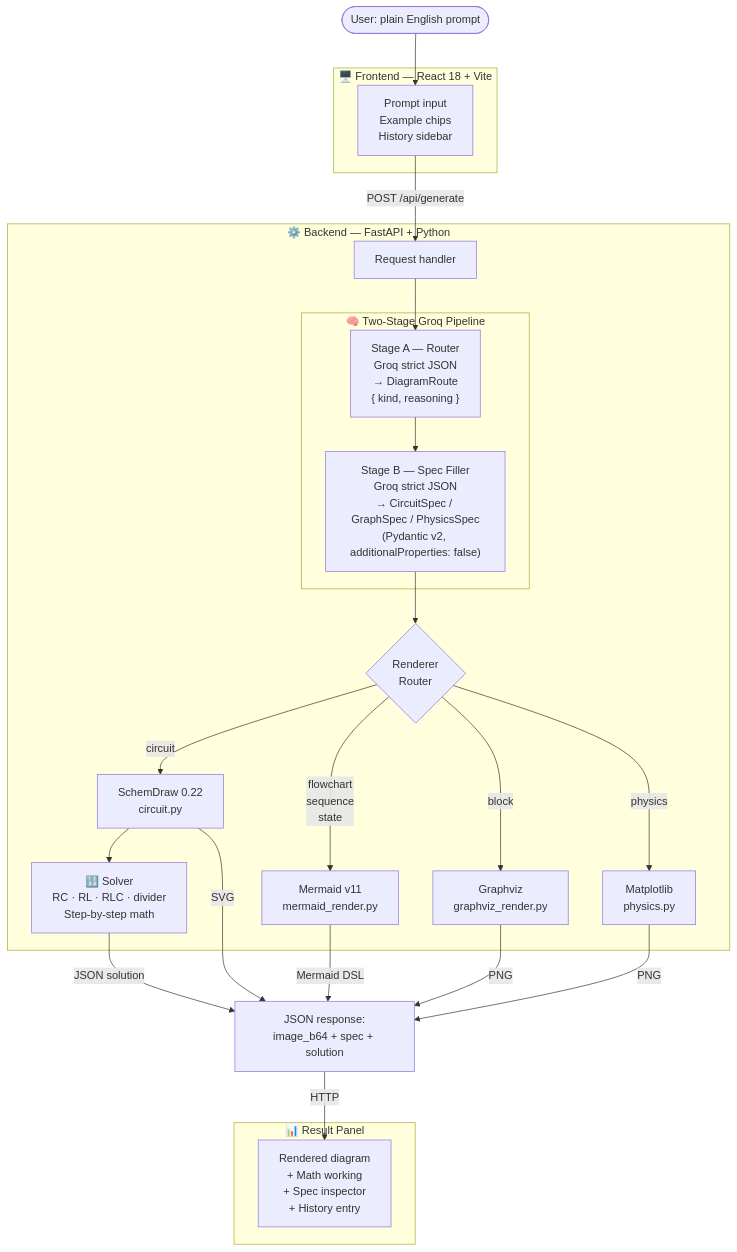
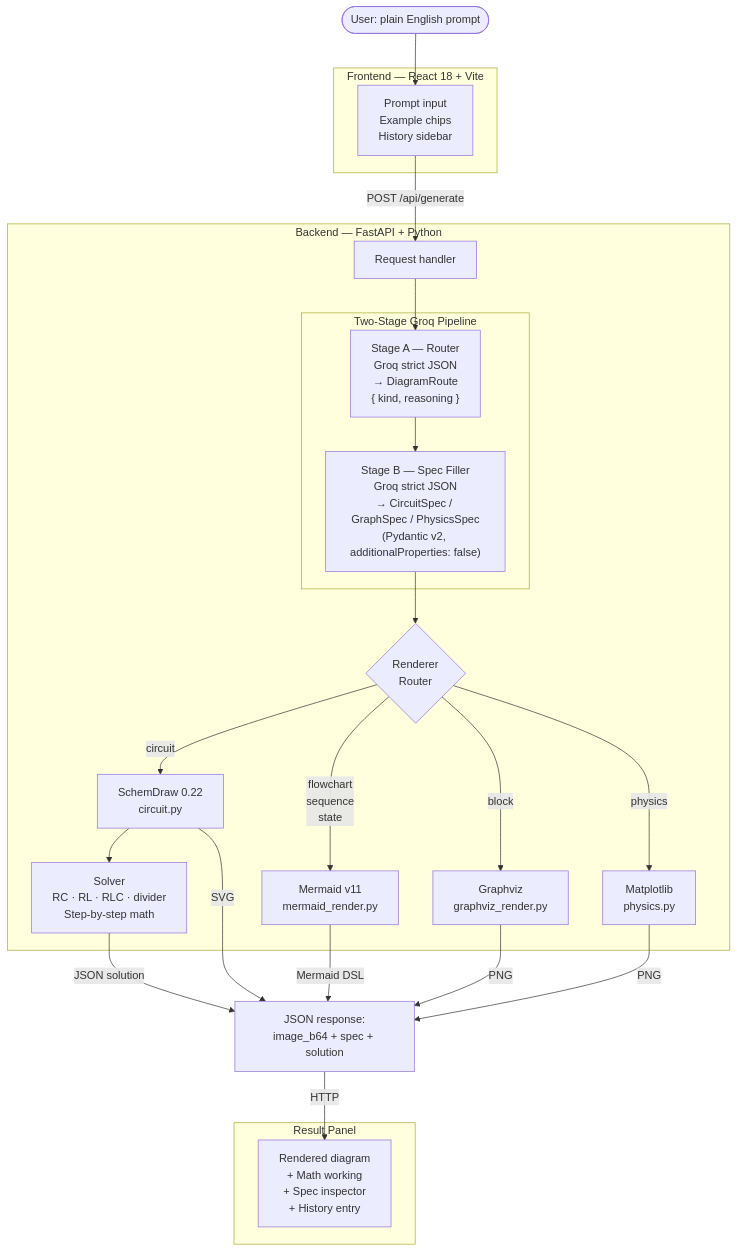
Before and after one commit to Tanny28/dgram-ai: the diagram in README.md, drawn with Mermaid. The commit also changed other lines of this file and 1 other file, not shown here.

````diff
--- a/README.md
+++ b/README.md
@@ -57,40 +57,40 @@
 ```mermaid
 flowchart TD
     A([User: plain English prompt]) --> B
 
-    subgraph Frontend["🖥️  Frontend — React 18 + Vite"]
+    subgraph Frontend["Frontend — React 18 + Vite"]
         B[Prompt input\nExample chips\nHistory sidebar]
     end
 
     B -->|POST /api/generate| C
 
-    subgraph Backend["⚙️  Backend — FastAPI + Python"]
+    subgraph Backend["Backend — FastAPI + Python"]
         C[Request handler] --> D
 
-        subgraph LLM["🧠  Two-Stage Groq Pipeline"]
+        subgraph LLM["Two-Stage Groq Pipeline"]
             D["Stage A — Router\nGroq strict JSON\n→ DiagramRoute\n{ kind, reasoning }"]
             D --> E["Stage B — Spec Filler\nGroq strict JSON\n→ CircuitSpec / GraphSpec / PhysicsSpec\n(Pydantic v2, additionalProperties: false)"]
         end
 
         E --> F{Renderer\nRouter}
 
         F -->|circuit| G["SchemDraw 0.22\ncircuit.py"]
         F -->|flowchart\nsequence\nstate| H["Mermaid v11\nmermaid_render.py"]
         F -->|block| I["Graphviz\ngraphviz_render.py"]
         F -->|physics| J["Matplotlib\nphysics.py"]
 
-        G --> K["🔢 Solver\nRC · RL · RLC · divider\nStep-by-step math"]
+        G --> K["Solver\nRC · RL · RLC · divider\nStep-by-step math"]
     end
 
     G -->|SVG| L
     H -->|Mermaid DSL| L
     I -->|PNG| L
     J -->|PNG| L
     K -->|JSON solution| L
 
     L["JSON response:\nimage_b64 + spec + solution"] -->|HTTP| M
 
-    subgraph Result["📊 Result Panel"]
+    subgraph Result["Result Panel"]
         M[Rendered diagram\n+ Math working\n+ Spec inspector\n+ History entry]
     end
 ```
````
